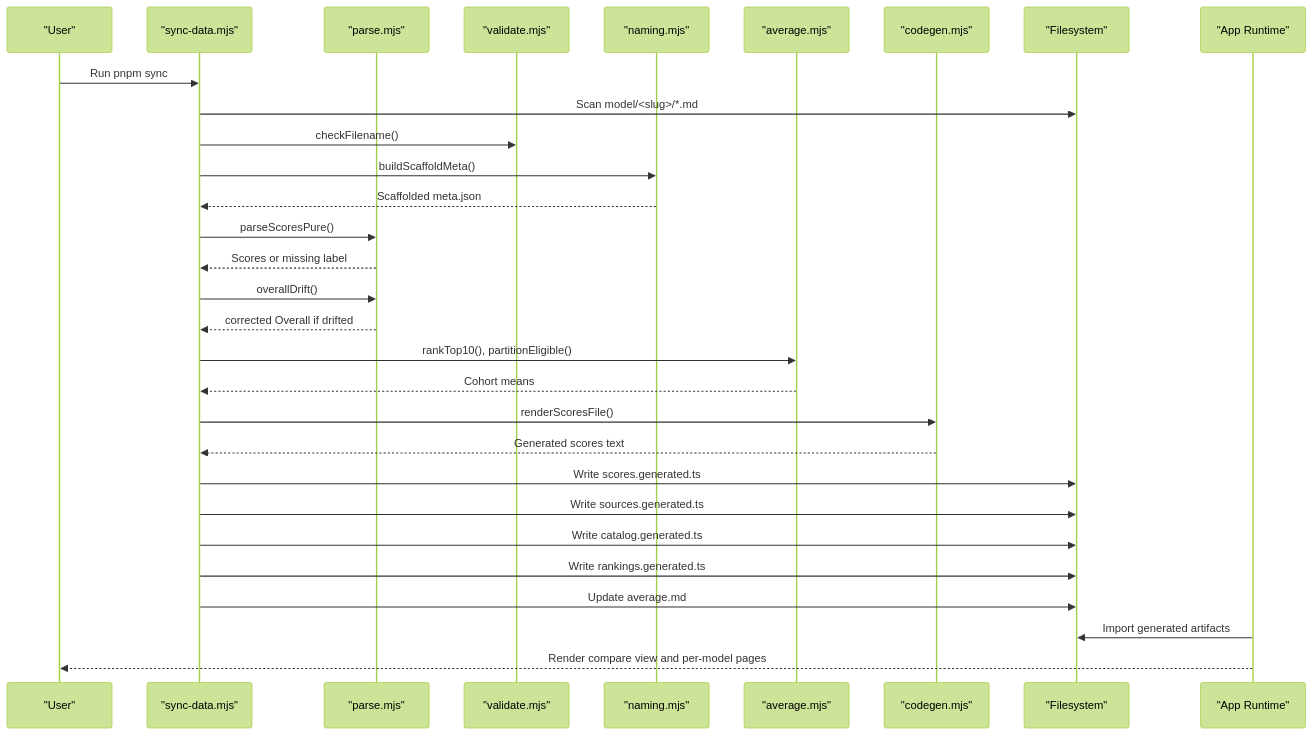
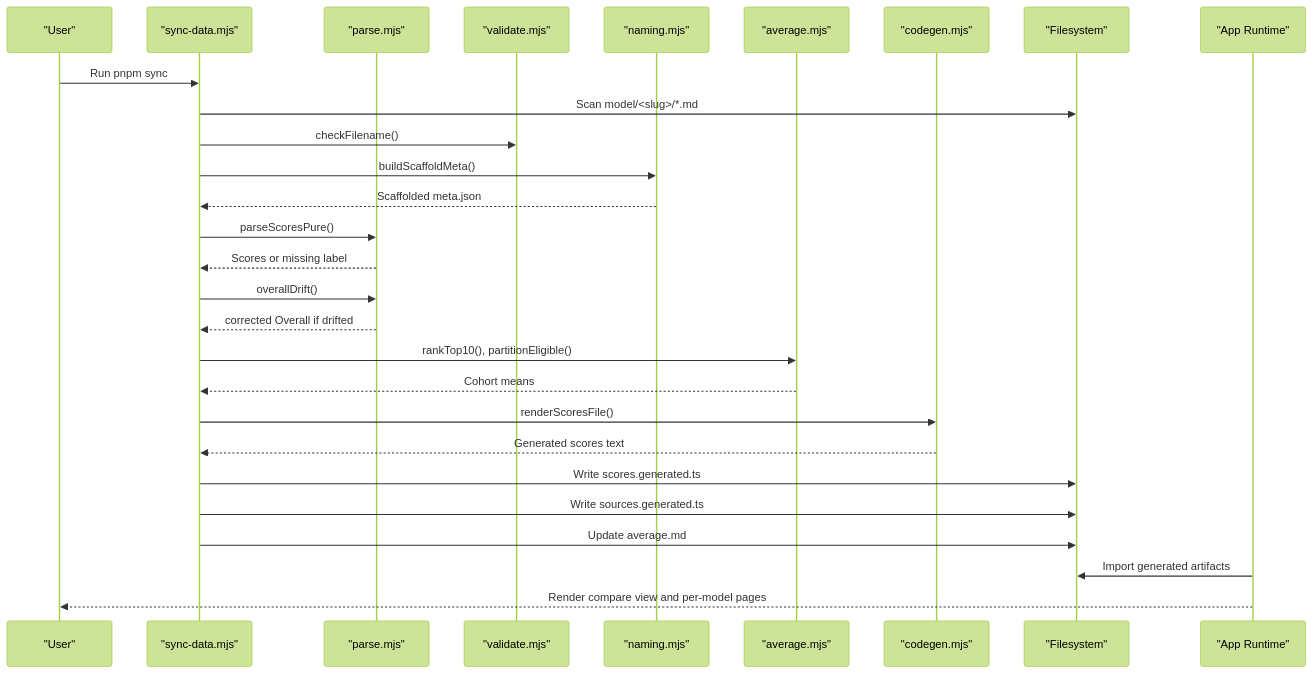
Before and after one commit to delirium-dj/modelcomp: the ninth of 16 diagrams in .qoder/repowiki/en/content/Data Management System/Data Management System.md, drawn with Mermaid (forest theme). The commit also changed other lines of this file and 147 other files, not shown here.

````diff
--- a/.qoder/repowiki/en/content/Data Management System/Data Management System.md
+++ b/.qoder/repowiki/en/content/Data Management System/Data Management System.md
@@ -392,32 +347,30 @@
 ```mermaid
 sequenceDiagram
 participant User as "User"
 participant Sync as "sync-data.mjs"
 participant Parse as "parse.mjs"
 participant Validate as "validate.mjs"
 participant Naming as "naming.mjs"
 participant Average as "average.mjs"
 participant Codegen as "codegen.mjs"
 participant FS as "Filesystem"
 participant App as "App Runtime"
 User->>Sync : Run pnpm sync
 Sync->>FS : Scan model/<slug>/*.md
 Sync->>Validate : checkFilename()
 Sync->>Naming : buildScaffoldMeta()
 Naming-->>Sync : Scaffolded meta.json
 Sync->>Parse : parseScoresPure()
 Parse-->>Sync : Scores or missing label
 Sync->>Parse : overallDrift()
 Parse-->>Sync : corrected Overall if drifted
 Sync->>Average : rankTop10(), partitionEligible()
 Average-->>Sync : Cohort means
 Sync->>Codegen : renderScoresFile()
 Codegen-->>Sync : Generated scores text
 Sync->>FS : Write scores.generated.ts
 Sync->>FS : Write sources.generated.ts
-Sync->>FS : Write catalog.generated.ts
-Sync->>FS : Write rankings.generated.ts
 Sync->>FS : Update average.md
 App->>FS : Import generated artifacts
 App-->>User : Render compare view and per-model pages
 ```
````
